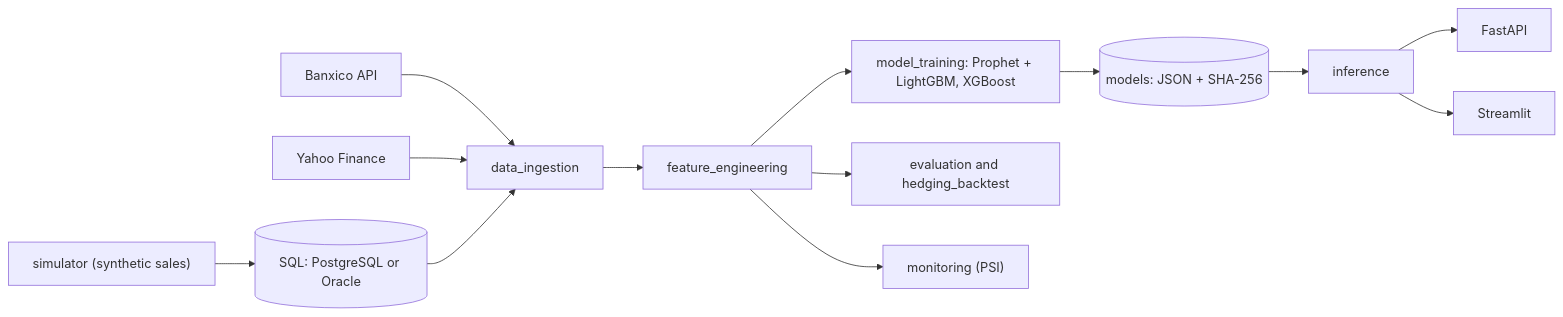
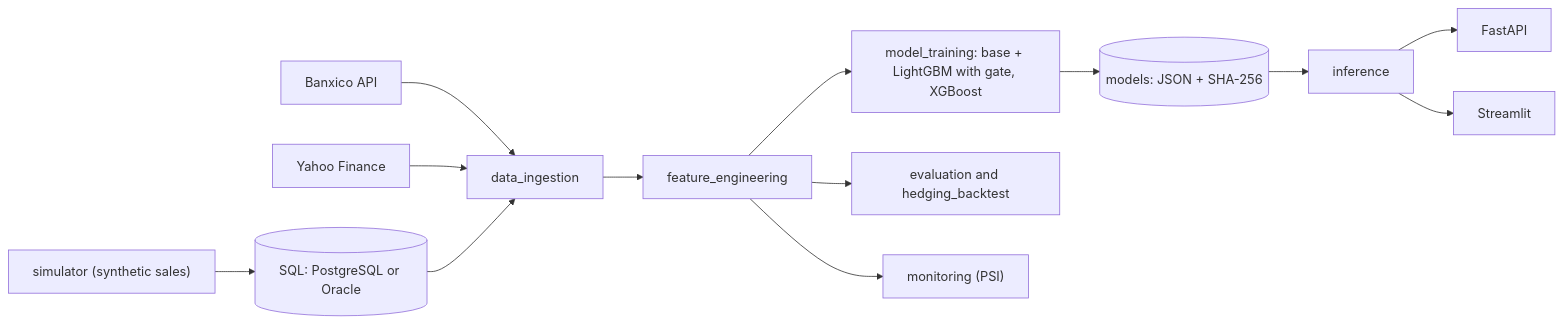
Before and after one commit to JyH-IA/fx-cashflow-hedging-forecast: the diagram in README.md, drawn with Mermaid. The commit also changed other lines of this file and 7 other files, not shown here.

Commit message:
docs: describe the validation gate and the per-target base model

````diff
--- a/README.md
+++ b/README.md
@@ -41,15 +41,15 @@
 ```mermaid
 flowchart LR
     BX["Banxico API"] --> ING["data_ingestion"]
     YF["Yahoo Finance"] --> ING
     SIM["simulator (synthetic sales)"] --> DB[("SQL: PostgreSQL or Oracle")]
     DB --> ING
     ING --> FE["feature_engineering"]
-    FE --> TR["model_training: Prophet + LightGBM, XGBoost"]
+    FE --> TR["model_training: base + LightGBM with gate, XGBoost"]
     TR --> ART[("models: JSON + SHA-256")]
     ART --> INF["inference"]
     INF --> API["FastAPI"]
     INF --> UI["Streamlit"]
     FE --> EV["evaluation and hedging_backtest"]
     FE --> MON["monitoring (PSI)"]
 ```
````
